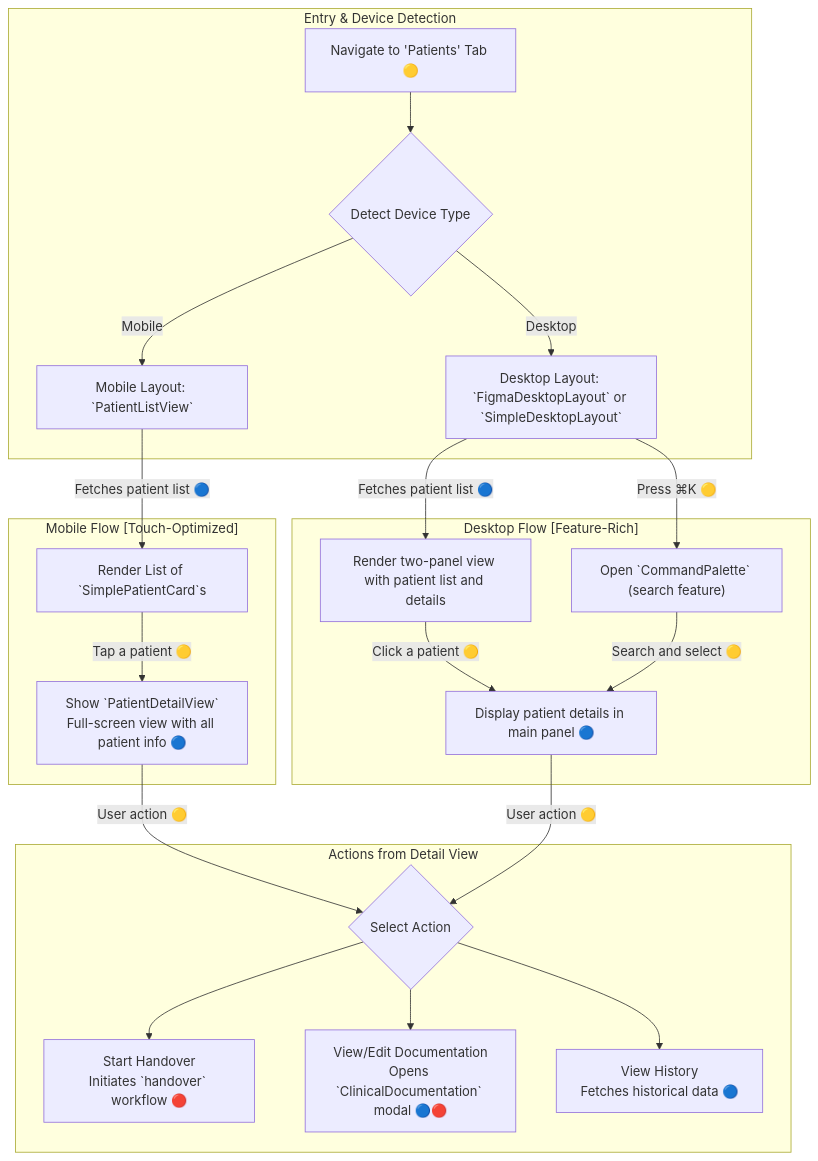
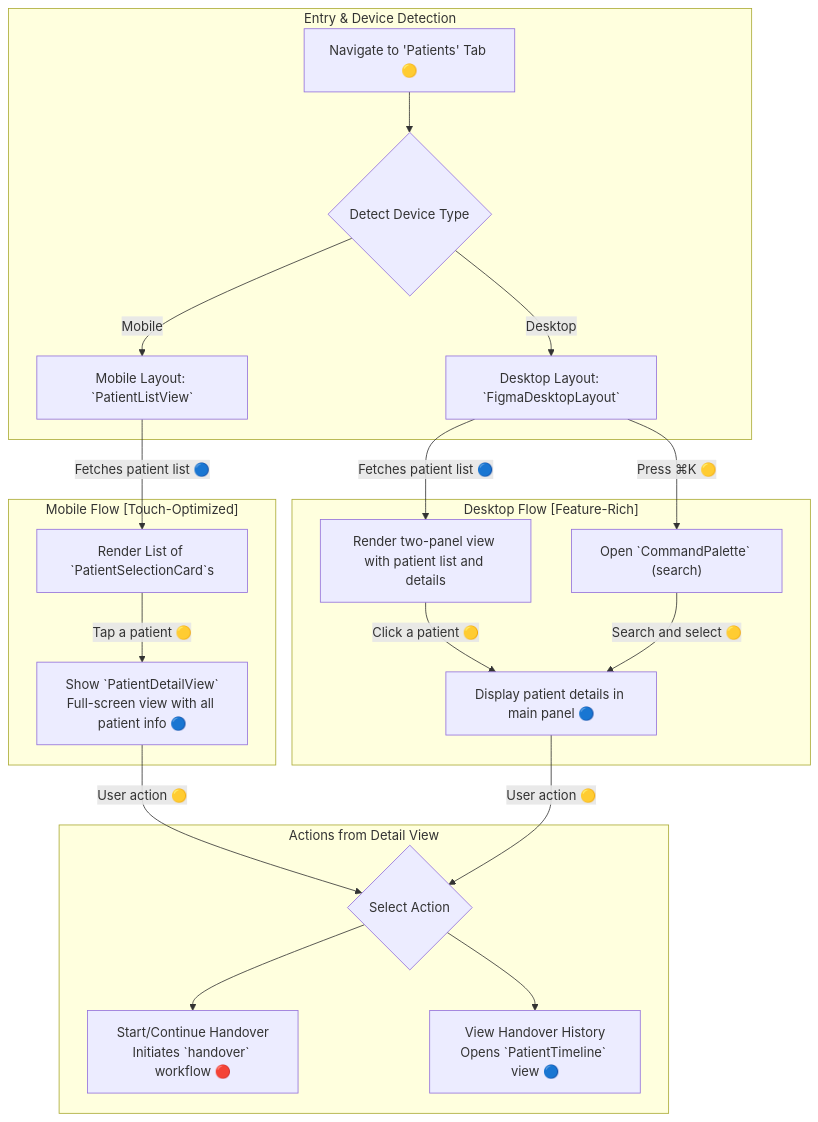
One commit to LuisCusihuaman/relevo-static-poc changed the second of 2 diagrams in docs/features/02-ipass-clinical-workfow-navigation.md. Above: the diagram before and after it, drawn with Mermaid. The commit also changed other lines of this file and 5 other files, not shown here.

````diff
--- a/docs/features/02-ipass-clinical-workfow-navigation.md
+++ b/docs/features/02-ipass-clinical-workfow-navigation.md
@@ -60,27 +69,26 @@
 ```mermaid
 graph TD
     subgraph "Entry & Device Detection"
         A["Navigate to 'Patients' Tab 🟡"] --> B{"Detect Device Type"}
         B -- "Mobile" --> C[Mobile Layout: `PatientListView`]
-        B -- "Desktop" --> D[Desktop Layout: `FigmaDesktopLayout` or `SimpleDesktopLayout`]
+        B -- "Desktop" --> D[Desktop Layout: `FigmaDesktopLayout`]
     end
 
     subgraph "Mobile Flow [Touch-Optimized]"
-        C -- "Fetches patient list 🔵" --> C1["Render List of `SimplePatientCard`s"]
+        C -- "Fetches patient list 🔵" --> C1["Render List of `PatientSelectionCard`s"]
         C1 -- "Tap a patient 🟡" --> C2["Show `PatientDetailView`<br/>Full-screen view with all patient info 🔵"]
     end
 
     subgraph "Desktop Flow [Feature-Rich]"
         D -- "Fetches patient list 🔵" --> D1["Render two-panel view with patient list and details"]
         D1 -- "Click a patient 🟡" --> D2["Display patient details in main panel 🔵"]
-        D -- "Press ⌘K 🟡" --> D3["Open `CommandPalette` (search feature)"]
+        D -- "Press ⌘K 🟡" --> D3["Open `CommandPalette` (search)"]
         D3 -- "Search and select 🟡" --> D2
     end
 
     subgraph "Actions from Detail View"
         C2 & D2 -- "User action 🟡" --> E{"Select Action"}
-        E --> E1["Start Handover<br/>Initiates `handover` workflow 🔴"]
-        E --> E2["View/Edit Documentation<br/>Opens `ClinicalDocumentation` modal 🔵🔴"]
-        E --> E3["View History<br/>Fetches historical data 🔵"]
+        E --> E1["Start/Continue Handover<br/>Initiates `handover` workflow 🔴"]
+        E --> E2["View Handover History<br/>Opens `PatientTimeline` view 🔵"]
     end
 ```
````
